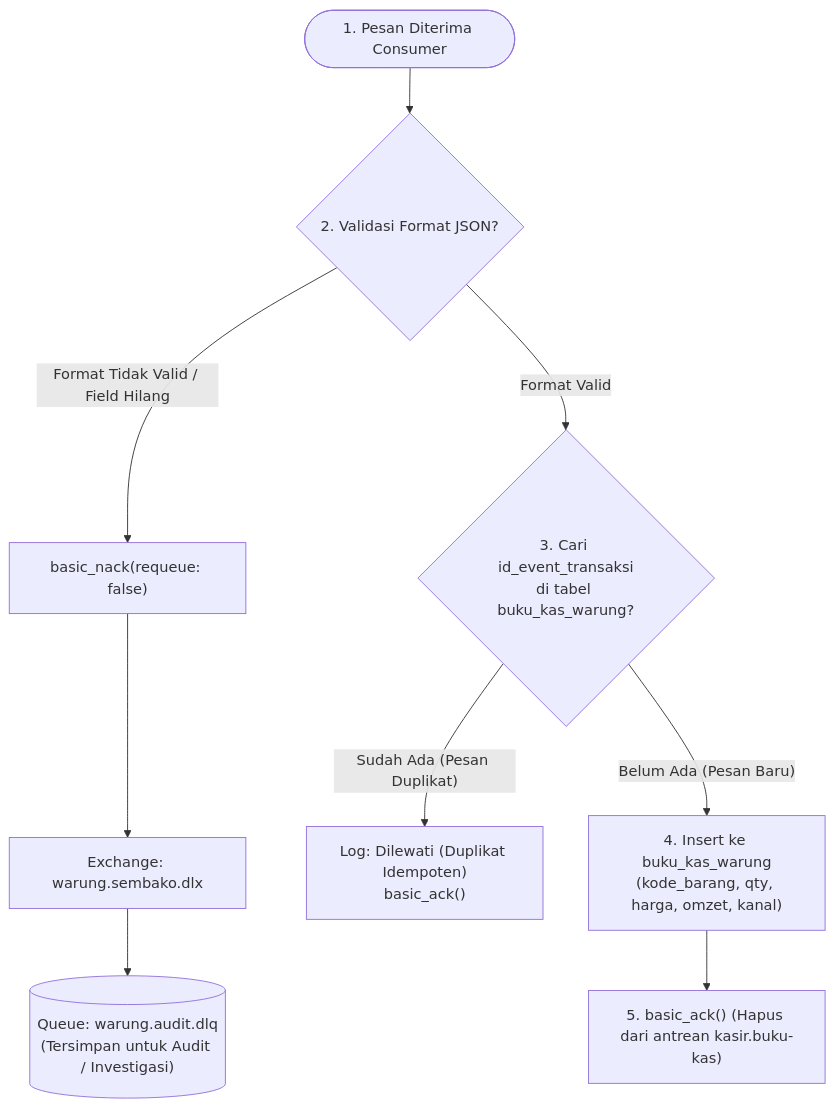
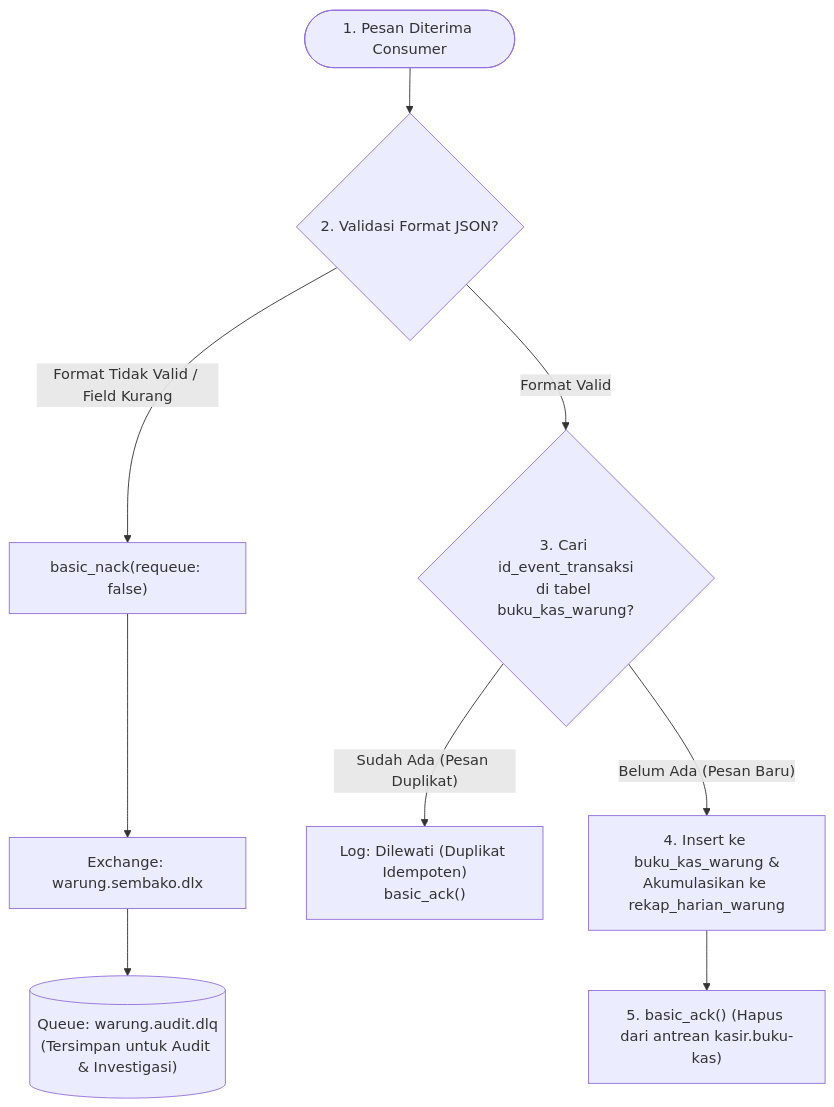
One commit to jackalwyssad/warung-ibu-beti changed the third of 3 diagrams in README.md. Above: the diagram before and after it, drawn with Mermaid. The commit also changed other lines of this file and 39 other files, not shown here.

Commit message:
feat: implementasi fitur khas kasbon, outbox pattern, rekap laba kotor, dan openapi v1.1.0 Warung Ibu Beti

````diff
--- a/README.md
+++ b/README.md
@@ -170,13 +161,13 @@
 ```mermaid
 flowchart TD
     Start([1. Pesan Diterima Consumer]) --> ParseJSON{2. Validasi Format JSON?}
     
-    ParseJSON -- Format Tidak Valid / Field Hilang --> NackDLQ["basic_nack(requeue: false)"]
+    ParseJSON -- Format Tidak Valid / Field Kurang --> NackDLQ["basic_nack(requeue: false)"]
     NackDLQ --> DLX["Exchange: warung.sembako.dlx"]
-    DLX --> QueueDLQ[("Queue: warung.audit.dlq<br/>(Tersimpan untuk Audit / Investigasi)")]
+    DLX --> QueueDLQ[("Queue: warung.audit.dlq<br/>(Tersimpan untuk Audit & Investigasi)")]
     
     ParseJSON -- Format Valid --> CekMsgId{"3. Cari id_event_transaksi<br/>di tabel buku_kas_warung?"}
     CekMsgId -- Sudah Ada (Pesan Duplikat) --> AckDup["Log: Dilewati (Duplikat Idempoten)<br/>basic_ack()"]
-    CekMsgId -- Belum Ada (Pesan Baru) --> InsertDB["4. Insert ke buku_kas_warung<br/>(kode_barang, qty, harga, omzet, kanal)"]
+    CekMsgId -- Belum Ada (Pesan Baru) --> InsertDB["4. Insert ke buku_kas_warung &<br/>Akumulasikan ke rekap_harian_warung"]
     InsertDB --> AckSukses["5. basic_ack() (Hapus dari antrean kasir.buku-kas)"]
 ```
````
